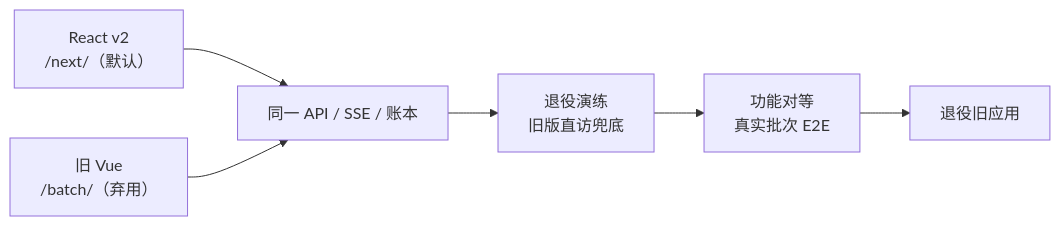
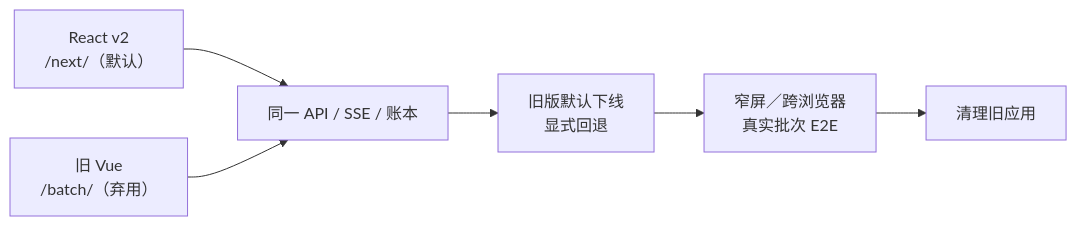
Before and after one commit to xuchaoxin1375/ai-ecom-crawler: the diagram in docs/adr/0012-前端v2技术栈与设计系统.md, drawn with Mermaid. The commit also changed other lines of this file and 19 other files, not shown here.

````diff
--- a/docs/adr/0012-前端v2技术栈与设计系统.md
+++ b/docs/adr/0012-前端v2技术栈与设计系统.md
@@ -104,8 +104,8 @@
 ```mermaid
 flowchart LR
     R["React v2<br>/next/（默认）"] --> P["同一 API / SSE / 账本"]
     V["旧 Vue<br>/batch/（弃用）"] --> P
-    P --> S["退役演练<br>旧版直访兜底"]
-    S --> C["功能对等<br>真实批次 E2E"]
-    C --> E["退役旧应用"]
+    P --> S["旧版默认下线<br>显式回退"]
+    S --> C["窄屏／跨浏览器<br>真实批次 E2E"]
+    C --> E["清理旧应用"]
 ```
````
